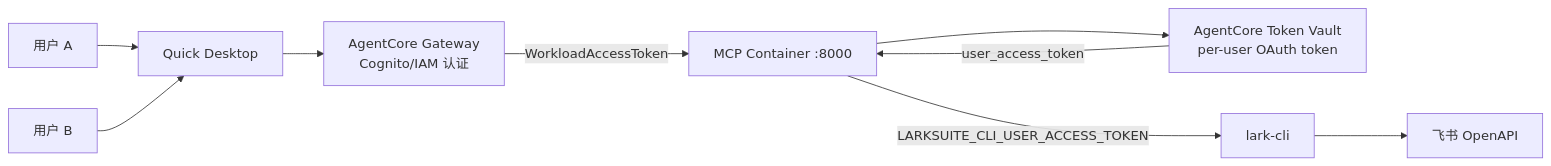
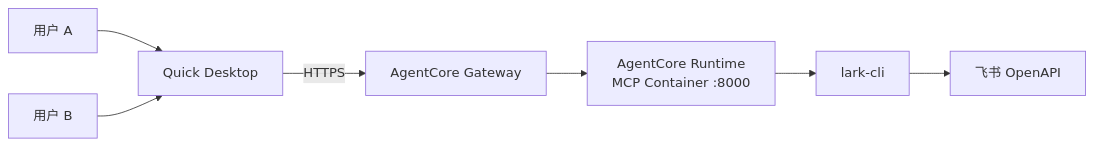
The diagram in README.md (ddpie/lark-cli-mcp-wrapper), drawn with Mermaid before and after one commit. The commit also changed other lines of this file, not shown here.

First line of the commit message:
docs: update README with gateway tool list and deployment flow

````diff
--- a/README.md
+++ b/README.md
@@ -26,11 +26,9 @@
 ```mermaid
 graph LR
     U1[用户 A] --> QD[Quick Desktop]
     U2[用户 B] --> QD
-    QD --> GW[AgentCore Gateway<br/>Cognito/IAM 认证]
-    GW -->|WorkloadAccessToken| C[MCP Container :8000]
-    C --> TV[AgentCore Token Vault<br/>per-user OAuth token]
-    TV -->|user_access_token| C
-    C -->|LARKSUITE_CLI_USER_ACCESS_TOKEN| CLI[lark-cli]
+    QD -->|HTTPS| GW[AgentCore Gateway]
+    GW --> RT[AgentCore Runtime<br/>MCP Container :8000]
+    RT --> CLI[lark-cli]
     CLI --> API[飞书 OpenAPI]
 ```
````
